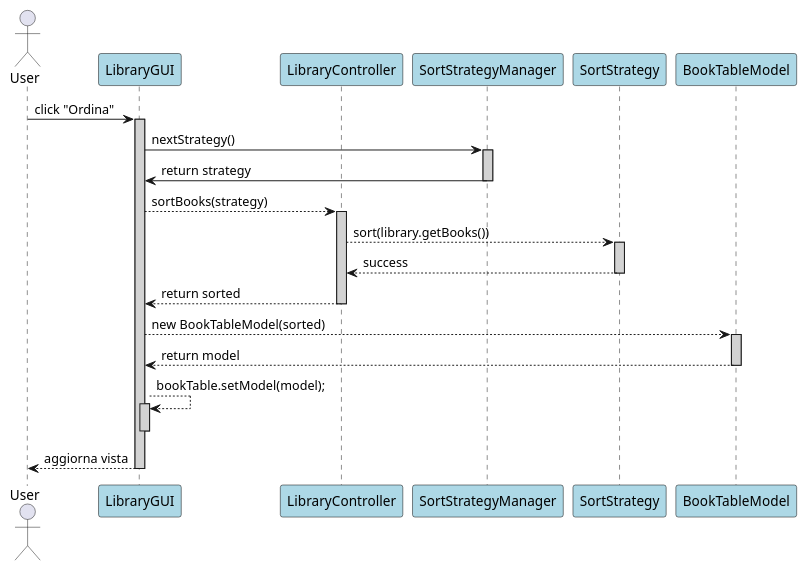
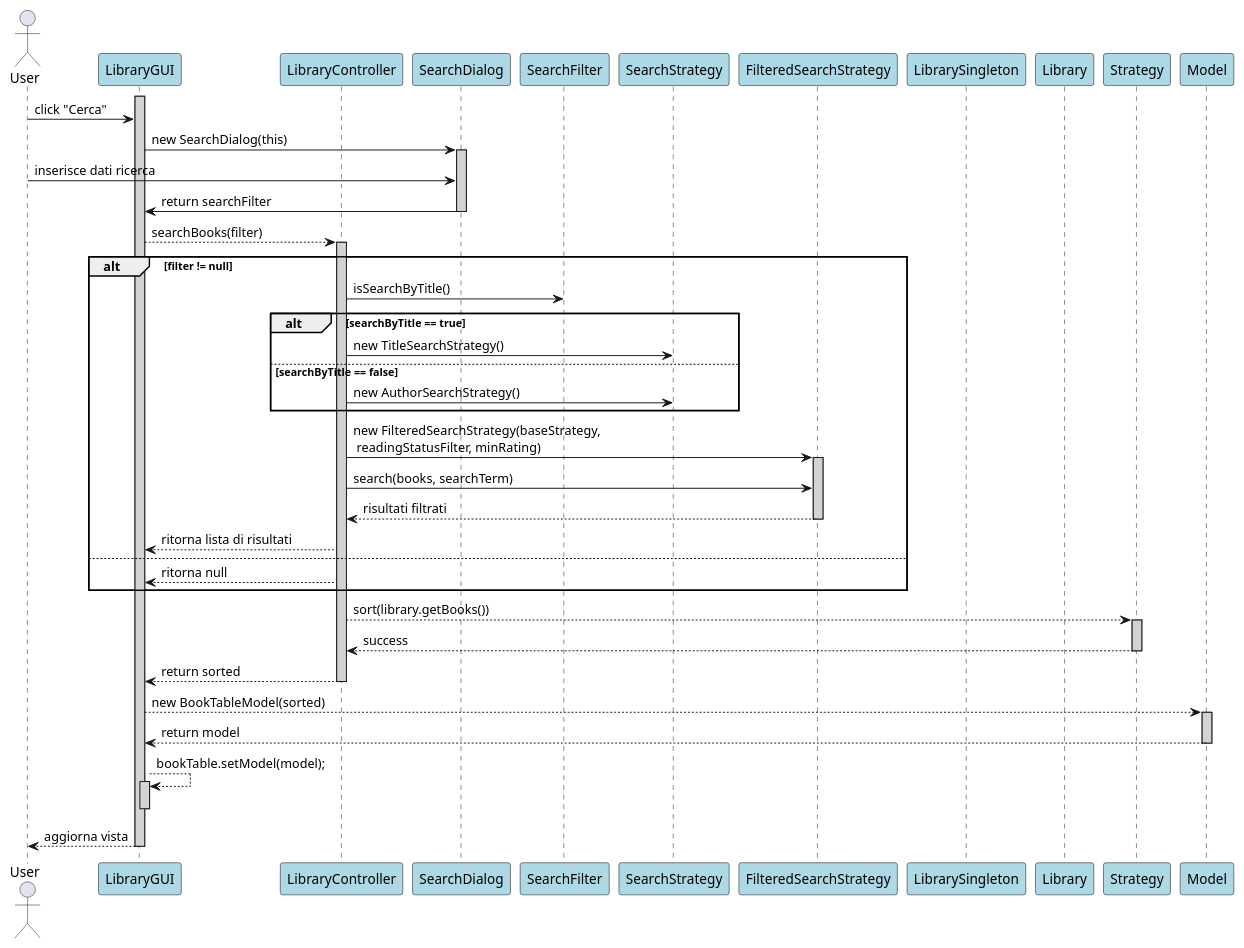
The diagram in src/UML/Sequence/SearchSequenceDiagram.puml (CaputoCristian/LibreriaPersonale), drawn with PlantUML before and after one commit. The commit also changed 24 other files, not shown here.

```diff
--- a/src/UML/Sequence/SearchSequenceDiagram.puml
+++ b/src/UML/Sequence/SearchSequenceDiagram.puml
@@ -1,48 +1,73 @@
 @startuml Search Sequence Diagram
 'https://plantuml.com/sequence-diagram
 
 skinparam sequence {
     ParticipantBackgroundColor LightBlue
     ParticipantBorderColor Black
     LifeLineBackgroundColor LightGray
 }
 
 actor User
 participant "LibraryGUI" as GUI
 participant "LibraryController" as Controller
-participant "SortStrategyManager" as Manager
-participant "SortStrategy" as Strategy
-participant "BookTableModel" as Model
+participant "SearchDialog" as Dialog
+participant "SearchFilter" as Filter
+participant "SearchStrategy" as Search
+participant "FilteredSearchStrategy" as FilteredSearch
+participant "LibrarySingleton" as Singleton
+participant "Library" as Library
 
-User -> GUI: click "Ordina"
 activate GUI
+User -> GUI: click "Cerca"
 
-GUI -> Manager: nextStrategy()
-activate Manager
-Manager -> GUI: return strategy
-deactivate Manager
+GUI -> Dialog: new SearchDialog(this)
+activate Dialog
+User -> Dialog: inserisce dati ricerca
+Dialog -> GUI: return searchFilter
+deactivate Dialog
 
-GUI --> Controller: sortBooks(strategy)
+GUI --> Controller: searchBooks(filter)
 activate Controller
+
+alt filter != null
+    Controller -> Filter: isSearchByTitle()
+    alt searchByTitle == true
+        Controller -> Search: new TitleSearchStrategy()
+    else searchByTitle == false
+        Controller -> Search: new AuthorSearchStrategy()
+    end
+
+    Controller -> FilteredSearch: new FilteredSearchStrategy(baseStrategy,\n readingStatusFilter, minRating)
+
+    activate FilteredSearch
+    Controller -> FilteredSearch: search(books, searchTerm)
+    FilteredSearch --> Controller: risultati filtrati
+    deactivate FilteredSearch
+
+    Controller --> GUI: ritorna lista di risultati
+else
+    Controller --> GUI: ritorna null
+end
+
 
 Controller --> Strategy: sort(library.getBooks())
 activate Strategy
 Strategy --> Controller: success
 deactivate Strategy
 
 Controller --> GUI: return sorted
 deactivate Controller
 
 GUI --> Model: new BookTableModel(sorted)
 activate Model
 Model --> GUI: return model
 deactivate Model
 
 GUI --> GUI: bookTable.setModel(model);
 activate GUI
 deactivate GUI
 
 GUI --> User: aggiorna vista
 deactivate GUI
 
 @enduml
```
